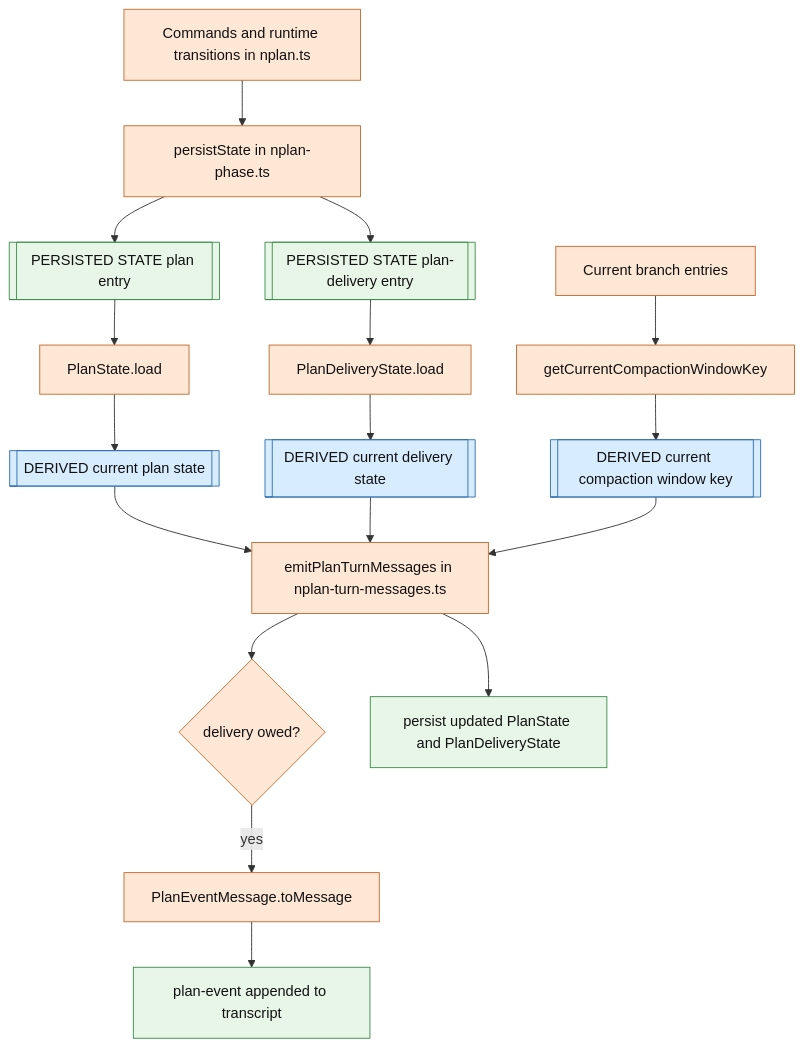
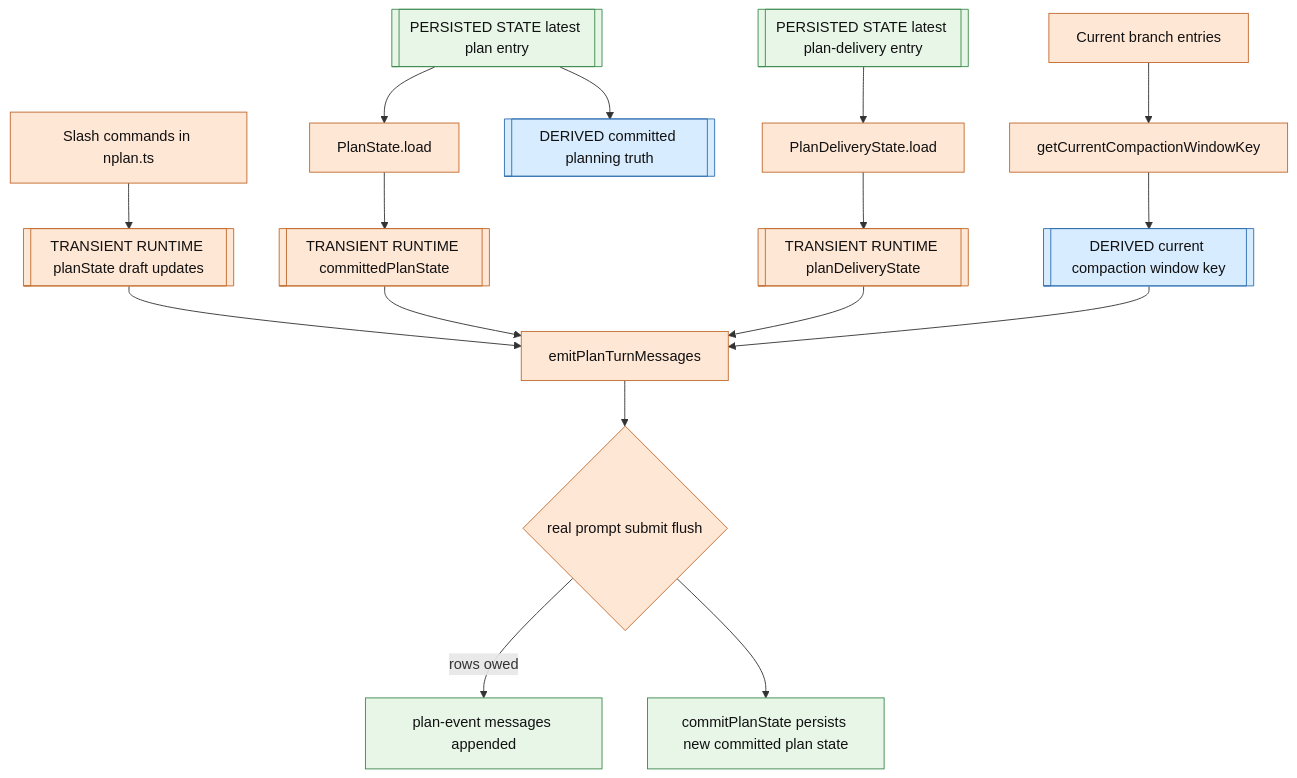
One commit to pyronaur/nplan changed the first of 2 diagrams in docs/mermaid-plan-state-information-architecture.md. Above: the diagram before and after it, drawn with Mermaid. The commit also changed other lines of this file and 13 other files, not shown here.

First line of the commit message:
Simplify planning lifecycle state and commit boundary

````diff
--- a/docs/mermaid-plan-state-information-architecture.md
+++ b/docs/mermaid-plan-state-information-architecture.md
@@ -170,29 +152,29 @@
 ```mermaid
 flowchart TD
-    A[Commands and runtime transitions in nplan.ts] --> B[persistState in nplan-phase.ts]
-    B --> C[[PERSISTED STATE plan entry]]
-    B --> D[[PERSISTED STATE plan-delivery entry]]
-    C --> E[PlanState.load]
-    D --> F[PlanDeliveryState.load]
-    E --> G[[DERIVED current plan state]]
-    F --> H[[DERIVED current delivery state]]
+    A[Slash commands in nplan.ts] --> B[[TRANSIENT RUNTIME planState draft updates]]
+    C[[PERSISTED STATE latest plan entry]] --> D[PlanState.load]
+    D --> E[[TRANSIENT RUNTIME committedPlanState]]
+    C --> F[[DERIVED committed planning truth]]
 
-    I[Current branch entries] --> J[getCurrentCompactionWindowKey]
-    J --> K[[DERIVED current compaction window key]]
+    G[[PERSISTED STATE latest plan-delivery entry]] --> H[PlanDeliveryState.load]
+    H --> I[[TRANSIENT RUNTIME planDeliveryState]]
 
-    G --> L[emitPlanTurnMessages in nplan-turn-messages.ts]
-    H --> L
-    K --> L
+    J[Current branch entries] --> K[getCurrentCompactionWindowKey]
+    K --> L[[DERIVED current compaction window key]]
 
-    L --> M{delivery owed?}
-    M -->|yes| N[PlanEventMessage.toMessage]
-    N --> O[plan-event appended to transcript]
-    L --> P[persist updated PlanState and PlanDeliveryState]
+    B --> M[emitPlanTurnMessages]
+    E --> M
+    I --> M
+    L --> M
+
+    M --> N{real prompt submit flush}
+    N -->|rows owed| O[plan-event messages appended]
+    N --> P[commitPlanState persists new committed plan state]
 
     classDef persisted fill:#e8f6e8,stroke:#3d8a4d,color:#111;
     classDef derived fill:#d8ecff,stroke:#2f6fb0,color:#111;
     classDef logic fill:#ffe7d6,stroke:#c26a2e,color:#111;
-    class C,D,O,P persisted;
-    class G,H,K derived;
-    class A,B,E,F,I,J,L,M,N logic;
+    class C,G,O,P persisted;
+    class F,L derived;
+    class A,B,D,E,H,I,J,K,M,N logic;
 ```
````
